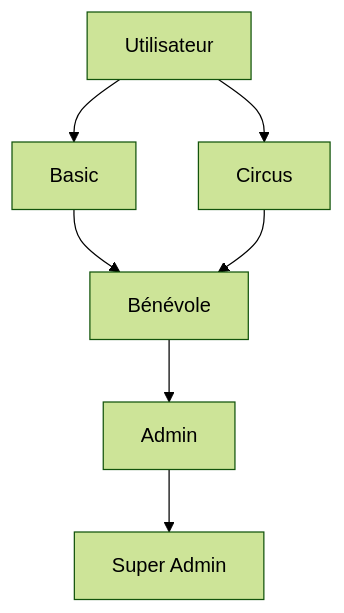
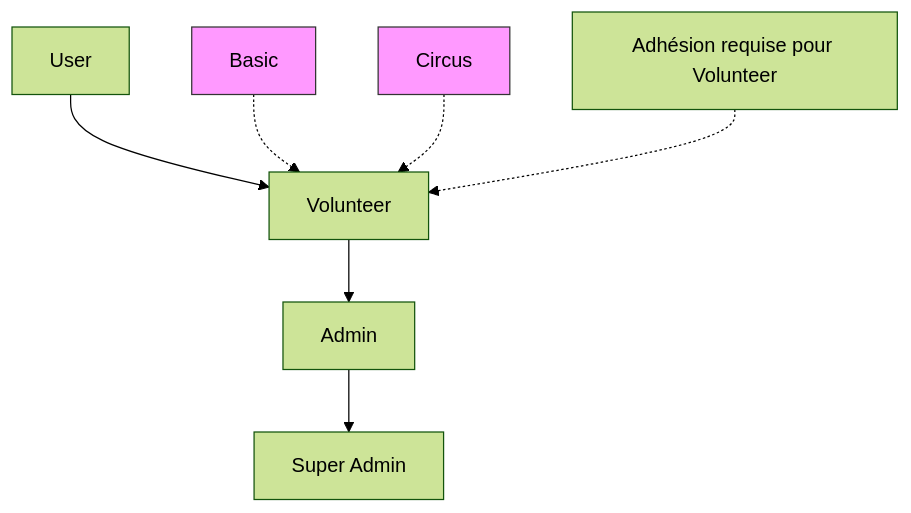
The first of 3 diagrams in docs/business_logic/types.md (LeCircographe-asso/.github), drawn with Mermaid (forest theme) before and after one commit. The commit also changed other lines of this file and 21 other files, not shown here.

````diff
--- a/docs/business_logic/types.md
+++ b/docs/business_logic/types.md
@@ -79,9 +79,13 @@
 ```mermaid
 graph TD
-    U[Utilisateur] --> B[Basic]
-    U --> C[Circus]
-    B --> V[Bénévole]
-    C --> V
+    U[User] --> V[Volunteer]
     V --> A[Admin]
     A --> S[Super Admin]
+    
+    B[Basic] -.-> V
+    C[Circus] -.-> V
+    
+    style B fill:#f9f,stroke:#333
+    style C fill:#f9f,stroke:#333
+    note[Adhésion requise pour Volunteer] -.-> V
 ```
````
